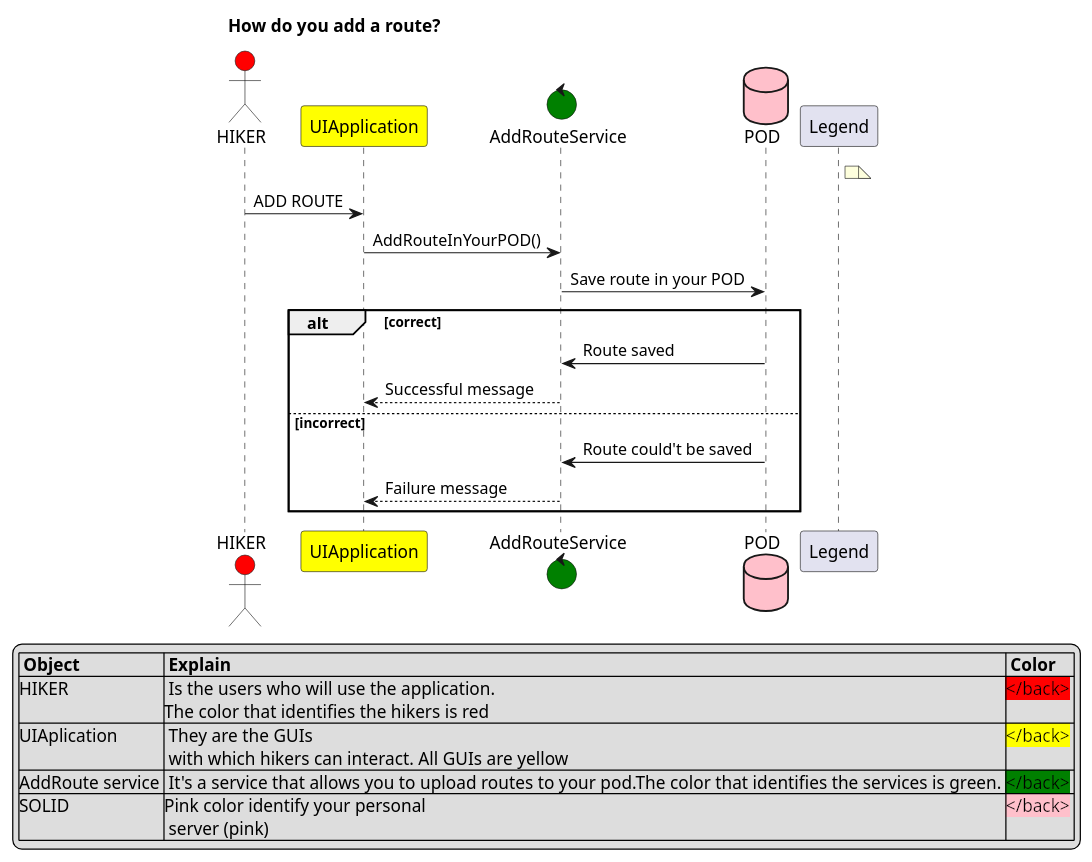
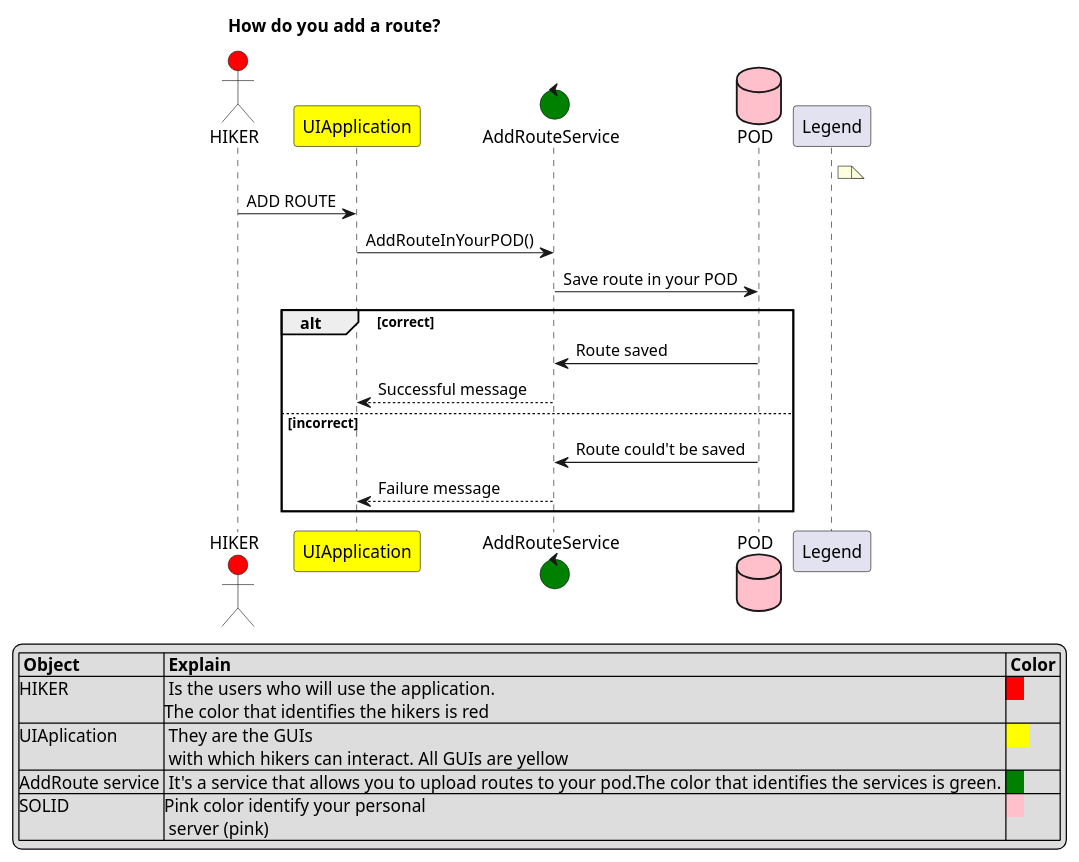
The second of 2 diagrams in src/docs/06_runtime_view.adoc (Arquisoft/viade_es1b), drawn with PlantUML before and after one commit. The commit also changed other lines of this file, not shown here.

Commit message:
Arreglados los bugs que habia en la leyenda

```diff
--- a/src/docs/06_runtime_view.adoc
+++ b/src/docs/06_runtime_view.adoc
@@ -61,35 +61,35 @@
 [plantuml,"Add route diagram",png]
 ----
 title How do you add a route?
 
 
 
 actor HIKER #red
 participant UIApplication #yellow
 control AddRouteService #green
 database POD #pink
 
 note right of Legend: 
 
 
 HIKER -> UIApplication: ADD ROUTE
 UIApplication -> AddRouteService: AddRouteInYourPOD()
 AddRouteService -> POD: Save route in your POD
 
 alt correct
 	POD -> AddRouteService: Route saved
 	AddRouteService --> UIApplication: Successful message
 
 else incorrect
 	POD -> AddRouteService: Route could't be saved
 	AddRouteService --> UIApplication: Failure message
 	end
 
 legend
 |= Object |= Explain |= Color |
-|HIKER | Is the users who will use the application.\nThe color that identifies the hikers is red |<back:#FF0000></back> |
-|UIAplication | They are the GUIs\n with which hikers can interact. All GUIs are yellow |<back:yellow></back> |
-|AddRoute service | It's a service that allows you to upload routes to your pod.The color that identifies the services is green. |<back:green></back> |
-|SOLID|Pink color identify your personal\n server (pink)|<back:pink></back> |
+|HIKER | Is the users who will use the application.\nThe color that identifies the hikers is red |<back:#FF0000>    </back> |
+|UIAplication | They are the GUIs\n with which hikers can interact. All GUIs are yellow |<back:yellow>     </back> |
+|AddRoute service | It's a service that allows you to upload routes to your pod.The color that identifies the services is green. |<back:green>    </back> |
+|SOLID|Pink color identify your personal\n server (pink)|<back:pink>    </back> |
 endlegend
 ----
```
